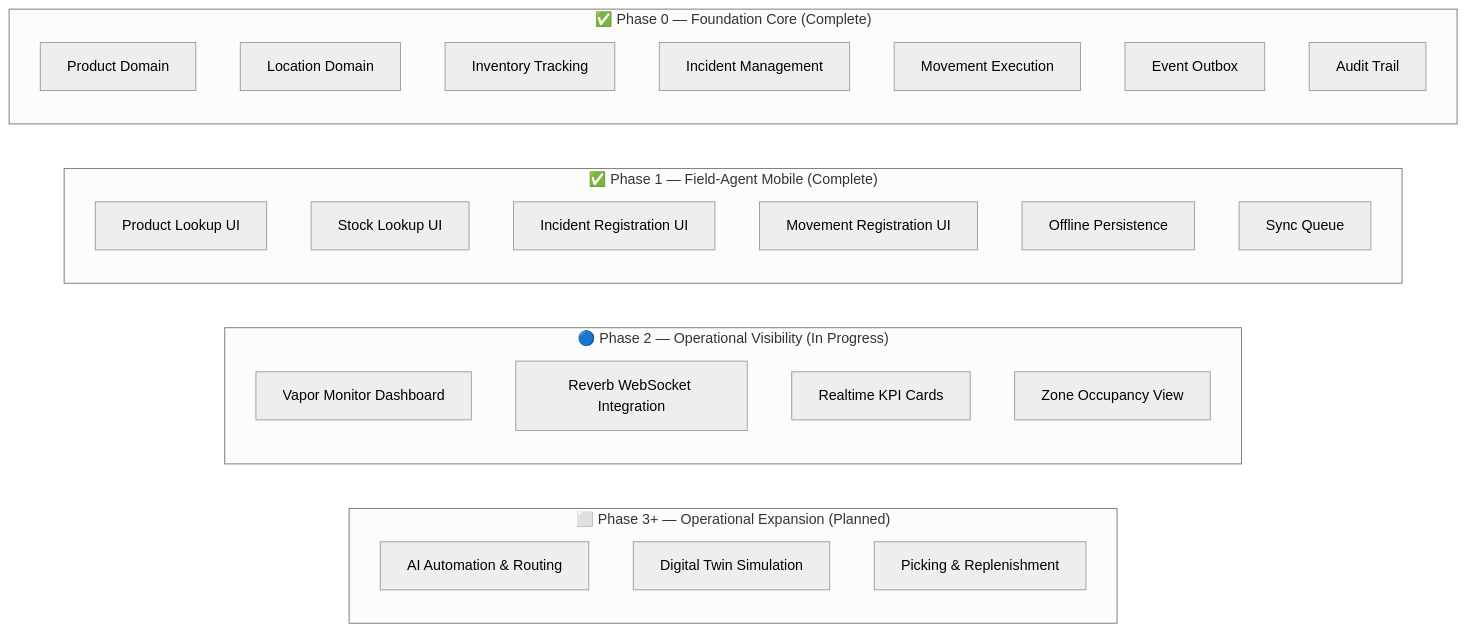
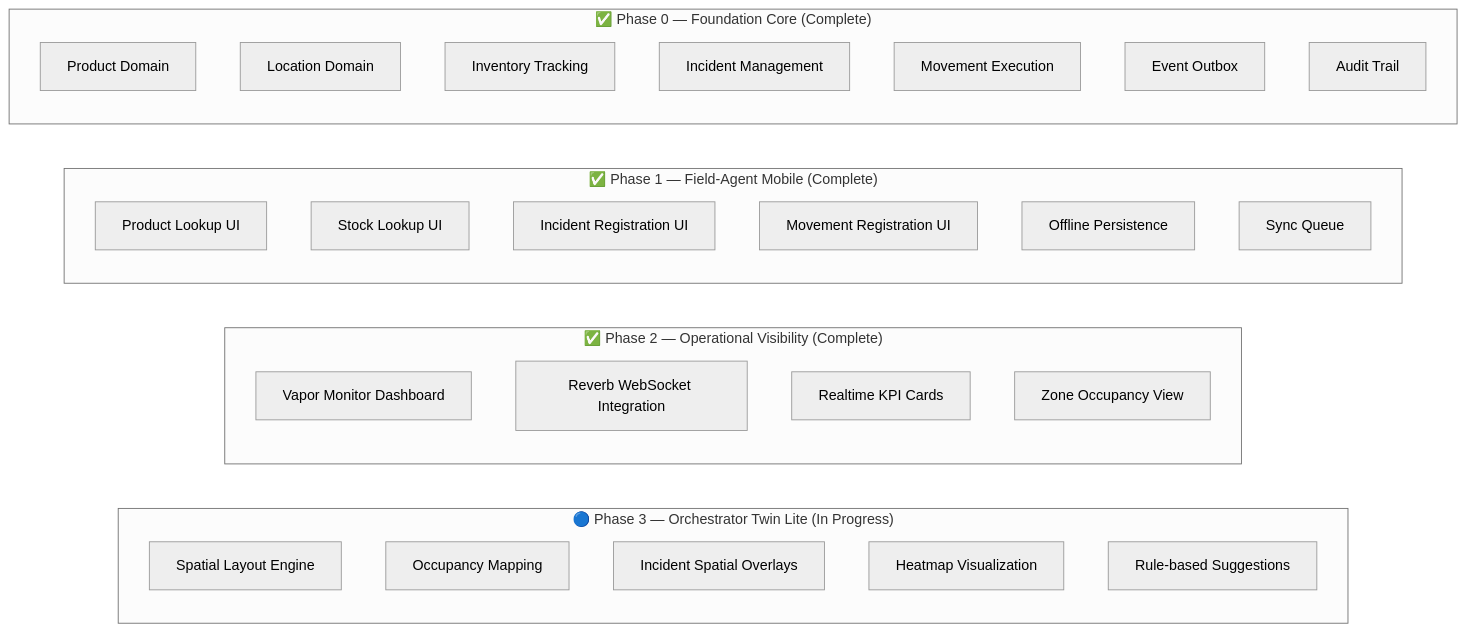
Before and after one commit to h-builds/nexus-wms: the fifth of 5 diagrams in README.md, drawn with Mermaid (neutral theme). The commit also changed other lines of this file and 2 other files, not shown here.

Commit message:
feat: transition project to Phase 3 and initialize Orchestrator Twin Lite planning documentation

````diff
--- a/README.md
+++ b/README.md
@@ -166,42 +175,44 @@
 ```mermaid
 flowchart TB
     subgraph Phase0 ["✅ Phase 0 — Foundation Core (Complete)"]
         direction TB
         P["Product Domain"]
         L["Location Domain"]
         I["Inventory Tracking"]
         IR["Incident Management"]
         MT["Movement Execution"]
         EV["Event Outbox"]
         AU["Audit Trail"]
     end
 
     subgraph Phase1 ["✅ Phase 1 — Field-Agent Mobile (Complete)"]
         direction TB
         PL["Product Lookup UI"]
         SL["Stock Lookup UI"]
         IReg["Incident Registration UI"]
         MReg["Movement Registration UI"]
         OFF["Offline Persistence"]
         SYN["Sync Queue"]
     end
 
-    subgraph Phase2 ["🔵 Phase 2 — Operational Visibility (In Progress)"]
+    subgraph Phase2 ["✅ Phase 2 — Operational Visibility (Complete)"]
         direction TB
         VM["Vapor Monitor Dashboard"]
         REV["Reverb WebSocket Integration"]
         KPI["Realtime KPI Cards"]
         OCC["Zone Occupancy View"]
     end
 
-    subgraph FutureScope ["⬜ Phase 3+ — Operational Expansion (Planned)"]
+    subgraph Phase3 ["🔵 Phase 3 — Orchestrator Twin Lite (In Progress)"]
         direction TB
-        AI["AI Automation & Routing"]
-        DT["Digital Twin Simulation"]
-        PK["Picking & Replenishment"]
+        SP["Spatial Layout Engine"]
+        OM["Occupancy Mapping"]
+        IM["Incident Spatial Overlays"]
+        HM["Heatmap Visualization"]
+        RS["Rule-based Suggestions"]
     end
 
     Phase0 ~~~ Phase1
     Phase1 ~~~ Phase2
-    Phase2 ~~~ FutureScope
+    Phase2 ~~~ Phase3
 ```
````
